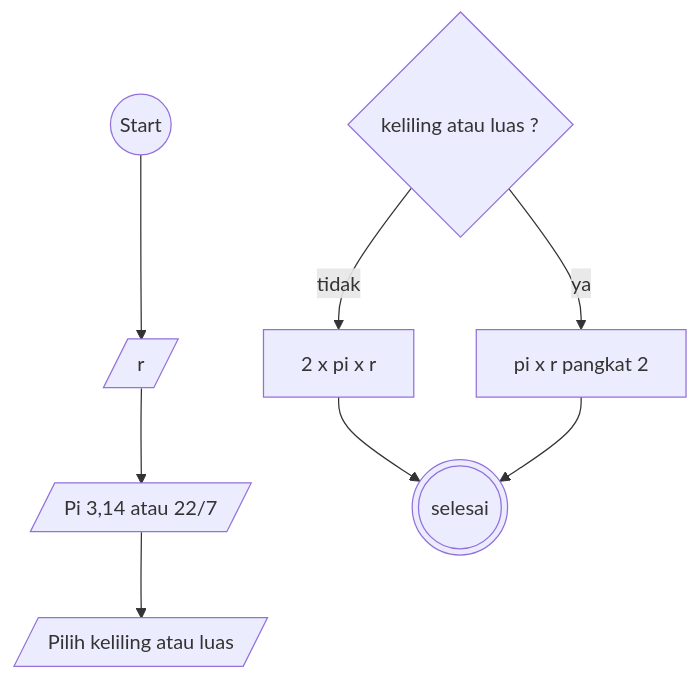
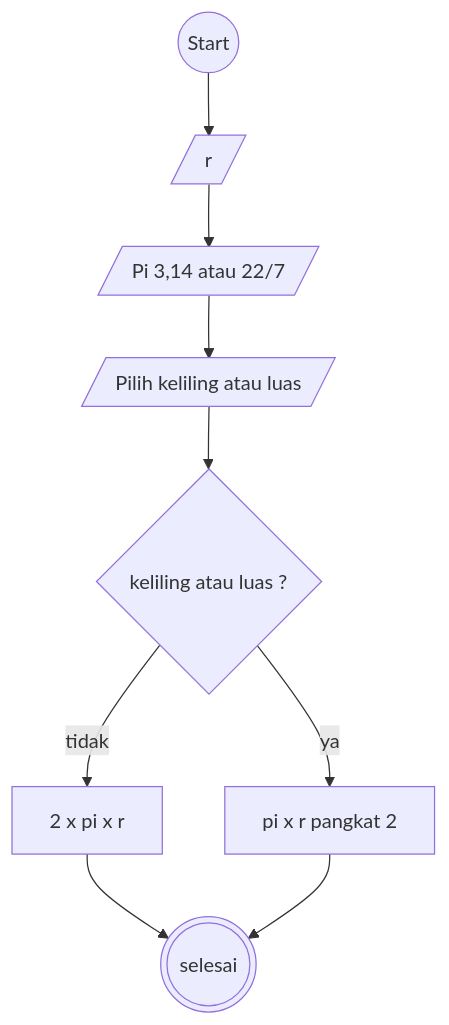
One commit to Farhan-dev-dot/koda-b10-algoritma changed the second of 2 diagrams in README.md. Above: the diagram before and after it, drawn with Mermaid.

Commit message:
done banget

````diff
--- a/README.md
+++ b/README.md
@@ -66,26 +66,27 @@
 ```mermaid
 
 
 flowchart TD
 
 A@{ shape: circle, label: "Start" }
 B[/r/]
 C[/Pi 3,14 atau 22/7/]
 D[/Pilih keliling atau luas /]
 E{ keliling atau luas ?}
 F[ pi x r pangkat 2 ]
 G[ 2 x pi x r ]
 I(((selesai)))
 
 A-->B
 B-->C
 C-->D
+D-->E
 E--ya-->F
 E--tidak-->G
 G-->I
 F-->I
 
 
 
 
 ```
````
